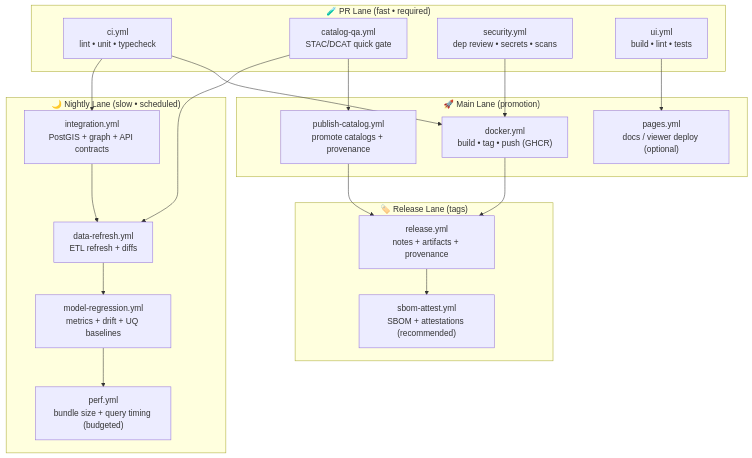
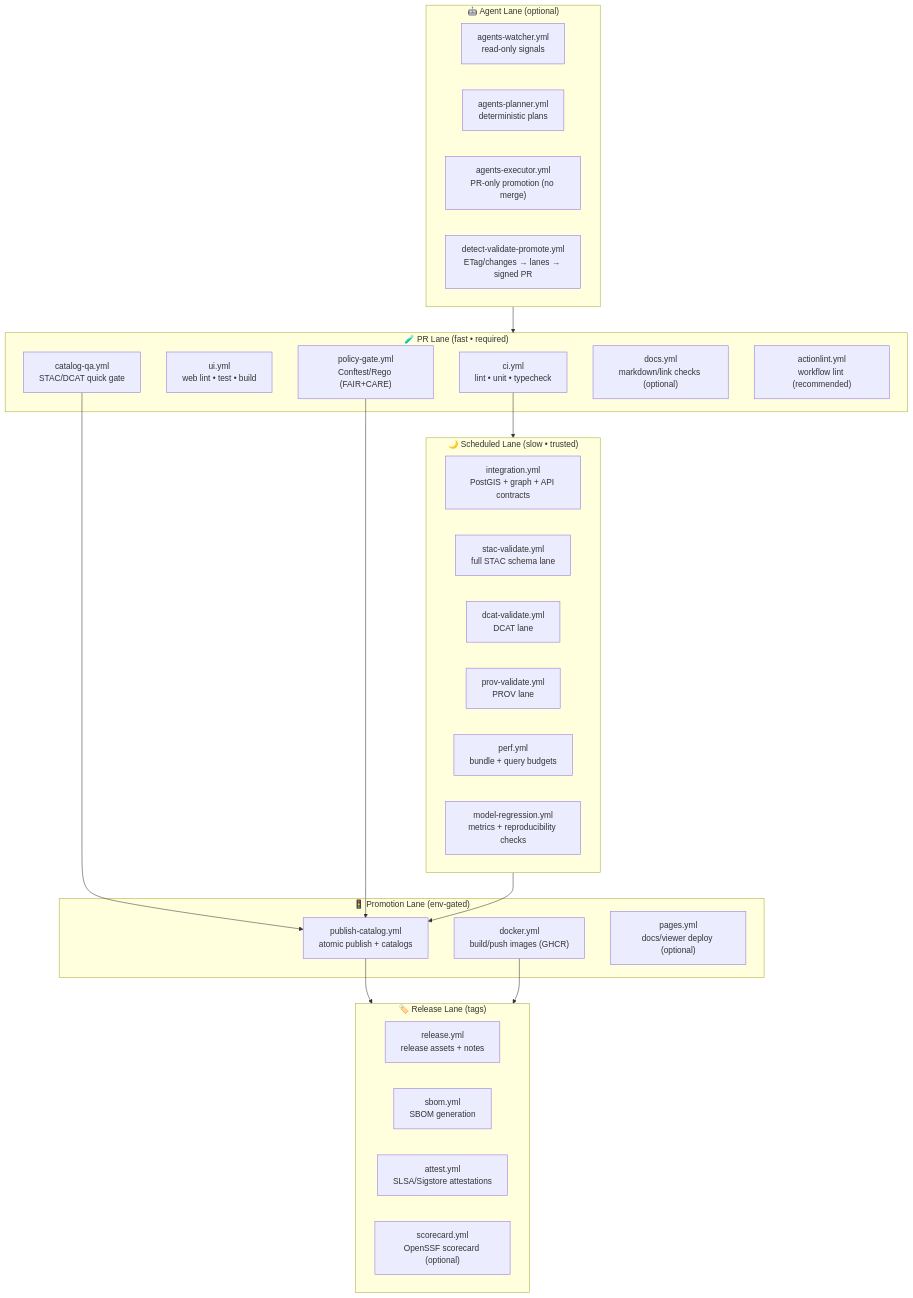
One commit to bartytime4life/Kansas-Frontier-Matrix changed the first of 2 diagrams in .github/workflows/README.md. Above: the diagram before and after it, drawn with Mermaid. The commit also changed other lines of this file, not shown here.

````diff
--- a/.github/workflows/README.md
+++ b/.github/workflows/README.md
@@ -72,42 +104,48 @@
 ```mermaid
 flowchart TB
   subgraph PR["🧪 PR Lane (fast • required)"]
     PR1["ci.yml<br/>lint • unit • typecheck"]
-    PR2["catalog-qa.yml<br/>STAC/DCAT quick gate"]
-    PR3["security.yml<br/>dep review • secrets • scans"]
-    PR4["ui.yml<br/>build • lint • tests"]
+    PR2["ui.yml<br/>web lint • test • build"]
+    PR3["catalog-qa.yml<br/>STAC/DCAT quick gate"]
+    PR4["policy-gate.yml<br/>Conftest/Rego (FAIR+CARE)"]
+    PR5["docs.yml<br/>markdown/link checks (optional)"]
+    PR6["actionlint.yml<br/>workflow lint (recommended)"]
   end
 
-  subgraph MAIN["🚀 Main Lane (promotion)"]
-    M1["docker.yml<br/>build • tag • push (GHCR)"]
-    M2["publish-catalog.yml<br/>promote catalogs + provenance"]
-    M3["pages.yml<br/>docs / viewer deploy (optional)"]
+  subgraph SCHEDULE["🌙 Scheduled Lane (slow • trusted)"]
+    N1["integration.yml<br/>PostGIS + graph + API contracts"]
+    N2["stac-validate.yml<br/>full STAC schema lane"]
+    N3["dcat-validate.yml<br/>DCAT lane"]
+    N4["prov-validate.yml<br/>PROV lane"]
+    N5["perf.yml<br/>bundle + query budgets"]
+    N6["model-regression.yml<br/>metrics + reproducibility checks"]
   end
 
-  subgraph NIGHTLY["🌙 Nightly Lane (slow • scheduled)"]
-    N1["integration.yml<br/>PostGIS + graph + API contracts"]
-    N2["data-refresh.yml<br/>ETL refresh + diffs"]
-    N3["model-regression.yml<br/>metrics + drift + UQ baselines"]
-    N4["perf.yml<br/>bundle size + query timing (budgeted)"]
+  subgraph PROMOTE["🚦 Promotion Lane (env-gated)"]
+    P1["publish-catalog.yml<br/>atomic publish + catalogs"]
+    P2["docker.yml<br/>build/push images (GHCR)"]
+    P3["pages.yml<br/>docs/viewer deploy (optional)"]
   end
 
   subgraph RELEASE["🏷️ Release Lane (tags)"]
-    R1["release.yml<br/>notes + artifacts + provenance"]
-    R2["sbom-attest.yml<br/>SBOM + attestations (recommended)"]
+    R1["release.yml<br/>release assets + notes"]
+    R2["sbom.yml<br/>SBOM generation"]
+    R3["attest.yml<br/>SLSA/Sigstore attestations"]
+    R4["scorecard.yml<br/>OpenSSF scorecard (optional)"]
   end
 
-  PR1 --> M1
-  PR2 --> M2
-  PR3 --> M1
-  PR4 --> M3
+  subgraph AGENTS["🤖 Agent Lane (optional)"]
+    A1["agents-watcher.yml<br/>read-only signals"]
+    A2["agents-planner.yml<br/>deterministic plans"]
+    A3["agents-executor.yml<br/>PR-only promotion (no merge)"]
+    A4["detect-validate-promote.yml<br/>ETag/changes → lanes → signed PR"]
+  end
 
-  M1 --> R1
-  M2 --> R1
-  R1 --> R2
-
-  PR1 --> N1
-  PR2 --> N2
-  N1 --> N2
-  N2 --> N3
-  N3 --> N4
+  PR1 --> SCHEDULE
+  PR3 --> P1
+  PR4 --> P1
+  SCHEDULE --> P1
+  P1 --> RELEASE
+  P2 --> RELEASE
+  AGENTS --> PR
 ```
````
